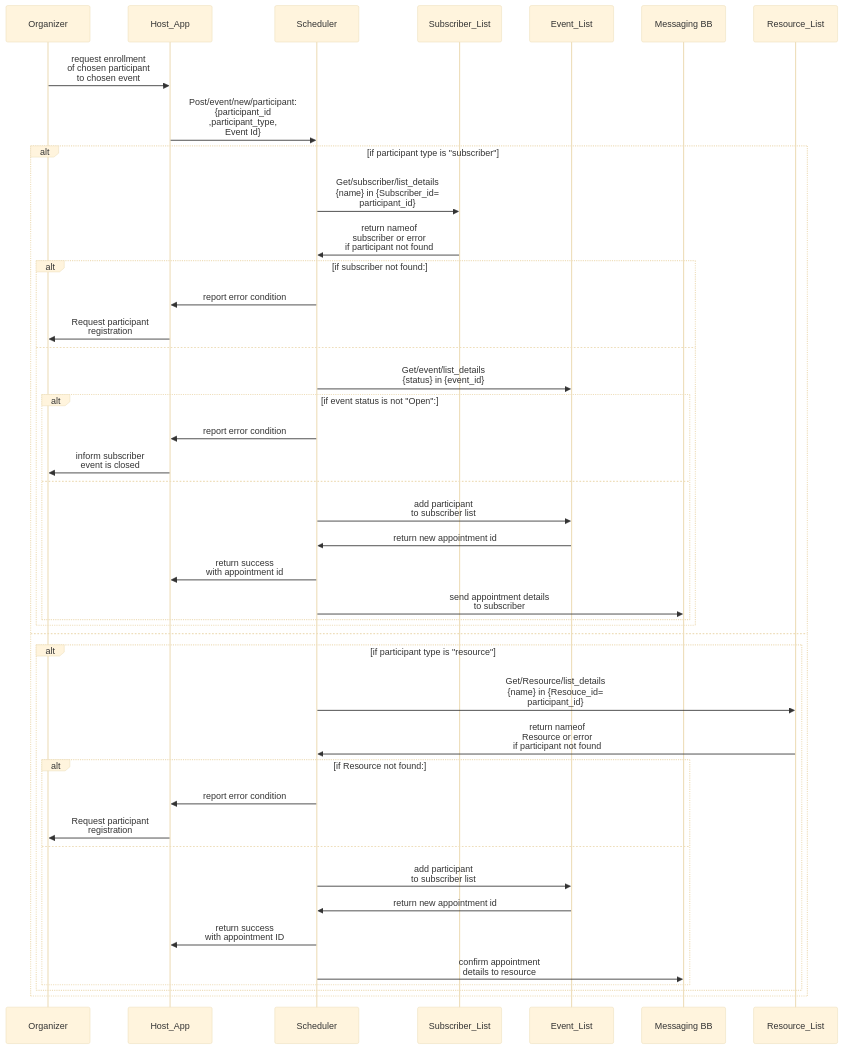
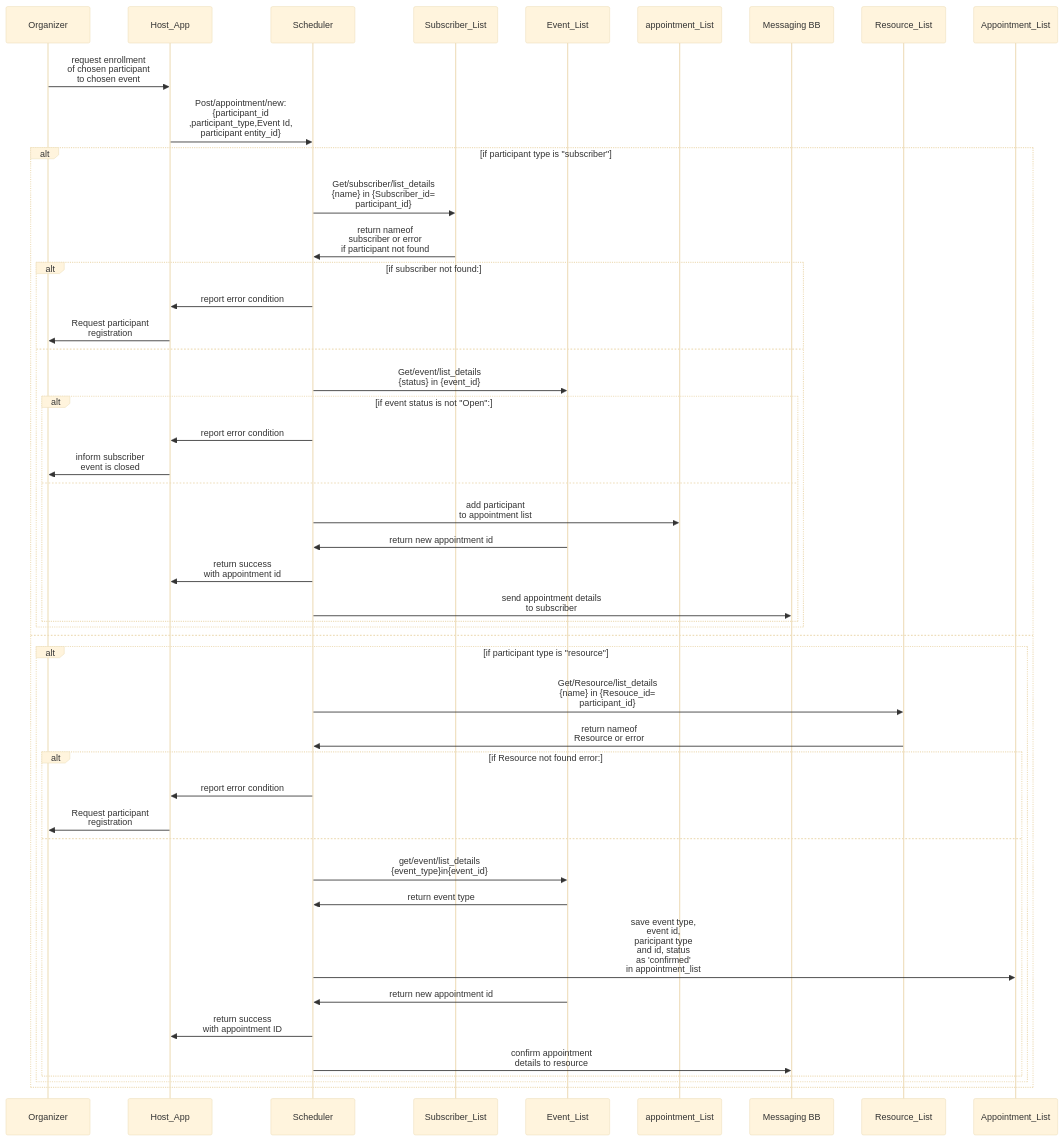
The fourth of 14 diagrams in spec/9-workflows.md (GovStackWorkingGroup/scheduler), drawn with Mermaid (base theme) before and after one commit. The commit also changed other lines of this file and 11 other files, not shown here.

````diff
--- a/spec/9-workflows.md
+++ b/spec/9-workflows.md
@@ -139,39 +123,42 @@
 ```mermaid
 sequenceDiagram
 Organizer->>Host_App:request enrollment<br> of chosen participant<br> to chosen event
-Host_App->>Scheduler:Post/event/new/participant:<br>{participant_id<br>,participant_type,<br>Event Id}
+Host_App->>Scheduler:Post/appointment/new:<br>{participant_id<br>,participant_type,Event Id,<br> participant entity_id}
 alt if participant type is "subscriber"
   Scheduler->>Subscriber_List: Get/subscriber/list_details<br>{name} in {Subscriber_id=<br>participant_id}
   Subscriber_List->>Scheduler:return nameof<br> subscriber or error<br>if participant not found 
   alt if subscriber not found:
      Scheduler->>Host_App:report error condition
      Host_App->>Organizer: Request participant<br> registration
   else  
      Scheduler->>Event_List: Get/event/list_details<br>{status} in {event_id}
      alt if event status is not "Open":
         Scheduler->>Host_App:report error condition
         Host_App->>Organizer: inform subscriber <br> event is closed
      else
-         Scheduler->> Event_List: add participant <br>to subscriber list
+         
+Scheduler->> appointment_List: add participant <br> to appointment list
          Event_List->>Scheduler:return new appointment id 
          Scheduler->>Host_App: return success <br>with appointment id 
          Scheduler->>Messaging BB: send appointment details<br> to subscriber
      end
   end
 else
   alt if participant type is "resource"
     Scheduler->>Resource_List: Get/Resource/list_details<br>{name} in {Resouce_id=<br>participant_id}
-    Resource_List->>Scheduler:return nameof<br> Resource or error<br>if participant not found 
-    alt if Resource not found:
+    Resource_List->>Scheduler:return nameof<br> Resource or error
+    alt if Resource not found error:
       Scheduler->>Host_App:report error condition
       Host_App->>Organizer: Request participant<br> registration
     else  
-      Scheduler->> Event_List: add participant <br>to subscriber list
+      Scheduler->> Event_List: get/event/list_details<br>{event_type}in{event_id}
+      Event_List->>Scheduler:return event type
+      Scheduler->> Appointment_List:save event type,<br> event id, <br>paricipant type <br> and id, status<br> as 'confirmed'<br> in appointment_list
       Event_List->>Scheduler:return new appointment id 
       Scheduler->>Host_App: return success <br>with appointment ID
       Scheduler->>Messaging BB: confirm appointment<br> details to resource
 
     end    
   end
 end      
 ```
````
